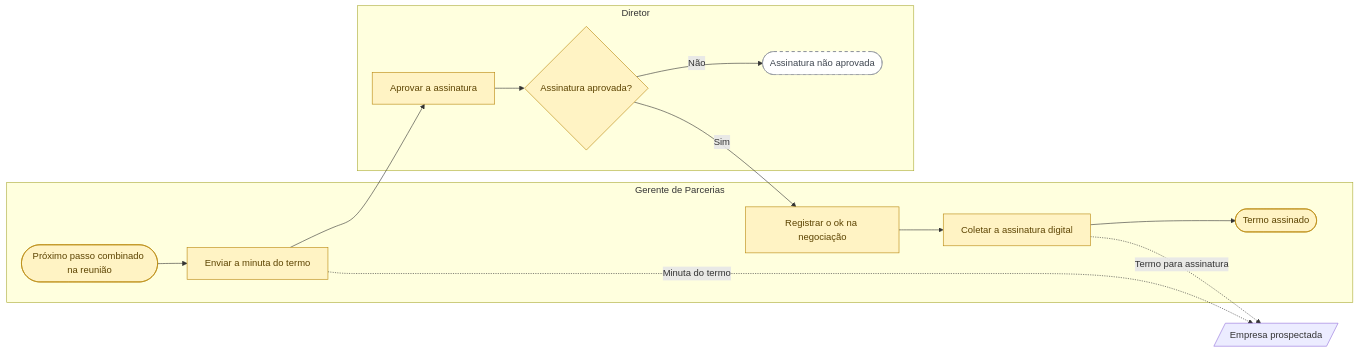
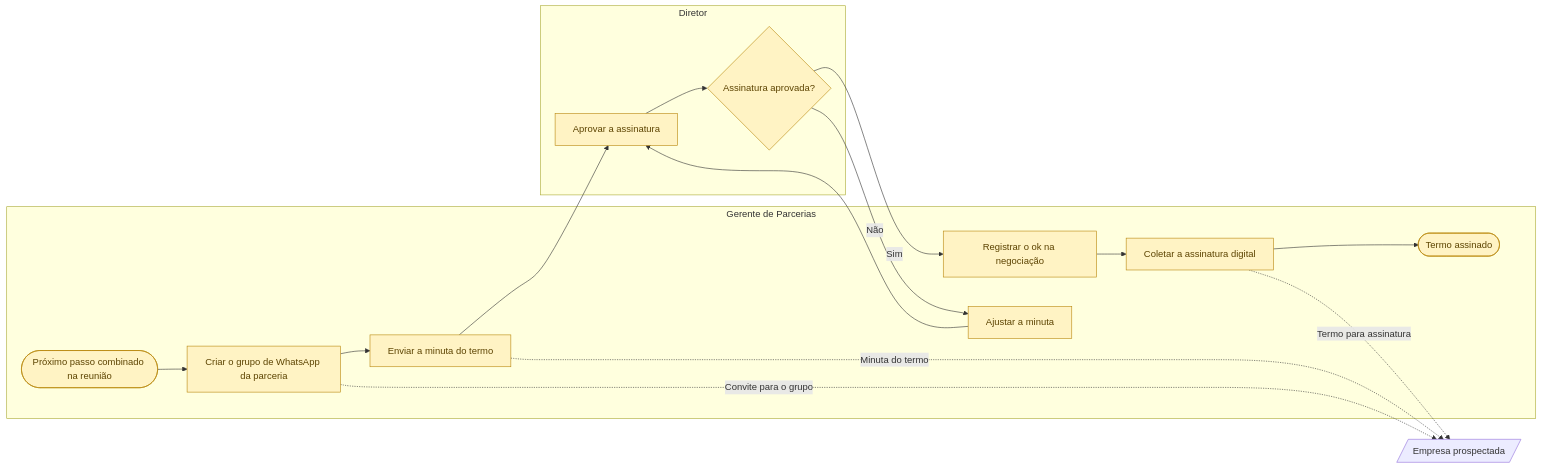
Before and after one commit to Guilherme-MFaccin/Wise-Partners: the diagram in mapeamentos/wise-partners/saidas/mermaid/fluxo-2-4-formalizar-a-parceria.mmd, drawn with Mermaid. The commit also changed 70 other files, not shown here.

```diff
--- a/mapeamentos/wise-partners/saidas/mermaid/fluxo-2-4-formalizar-a-parceria.mmd
+++ b/mapeamentos/wise-partners/saidas/mermaid/fluxo-2-4-formalizar-a-parceria.mmd
@@ -1,27 +1,31 @@
 flowchart LR
     classDef confirmado fill:#D9F2E1,stroke:#2F8F4E,color:#14532D
     classDef declarado fill:#FFF3C4,stroke:#B8860B,color:#5C4300
     classDef hipotese fill:#FFFFFF,stroke:#8A9099,color:#3F4650,stroke-dasharray: 5 5
     classDef contestado fill:#FDE2E1,stroke:#C53030,color:#7F1D1D
     subgraph raia_PA_01 ["Gerente de Parcerias"]
       n_i1(["Próximo passo combinado na reunião"]):::declarado
+      n_t0["Criar o grupo de WhatsApp da parceria"]:::declarado
       n_t1["Enviar a minuta do termo"]:::declarado
       n_t3["Registrar o ok na negociação"]:::declarado
       n_t4["Coletar a assinatura digital"]:::declarado
       n_f1(["Termo assinado"]):::declarado
+      n_t5["Ajustar a minuta"]:::declarado
     end
     subgraph raia_PA_02 ["Diretor"]
       n_t2["Aprovar a assinatura"]:::declarado
       n_g1{"Assinatura aprovada?"}:::declarado
-      n_f2(["Assinatura não aprovada"]):::hipotese
     end
     ext_X1[/"Empresa prospectada"/]
-    n_i1 --> n_t1
     n_t1 --> n_t2
     n_t2 --> n_g1
     n_g1 -->|Sim| n_t3
-    n_g1 -->|Não| n_f2
     n_t3 --> n_t4
     n_t4 --> n_f1
+    n_i1 --> n_t0
+    n_t0 --> n_t1
+    n_g1 -->|Não| n_t5
+    n_t5 --> n_t2
     n_t1 -.->|Minuta do termo| ext_X1
     n_t4 -.->|Termo para assinatura| ext_X1
+    n_t0 -.->|Convite para o grupo| ext_X1
```
